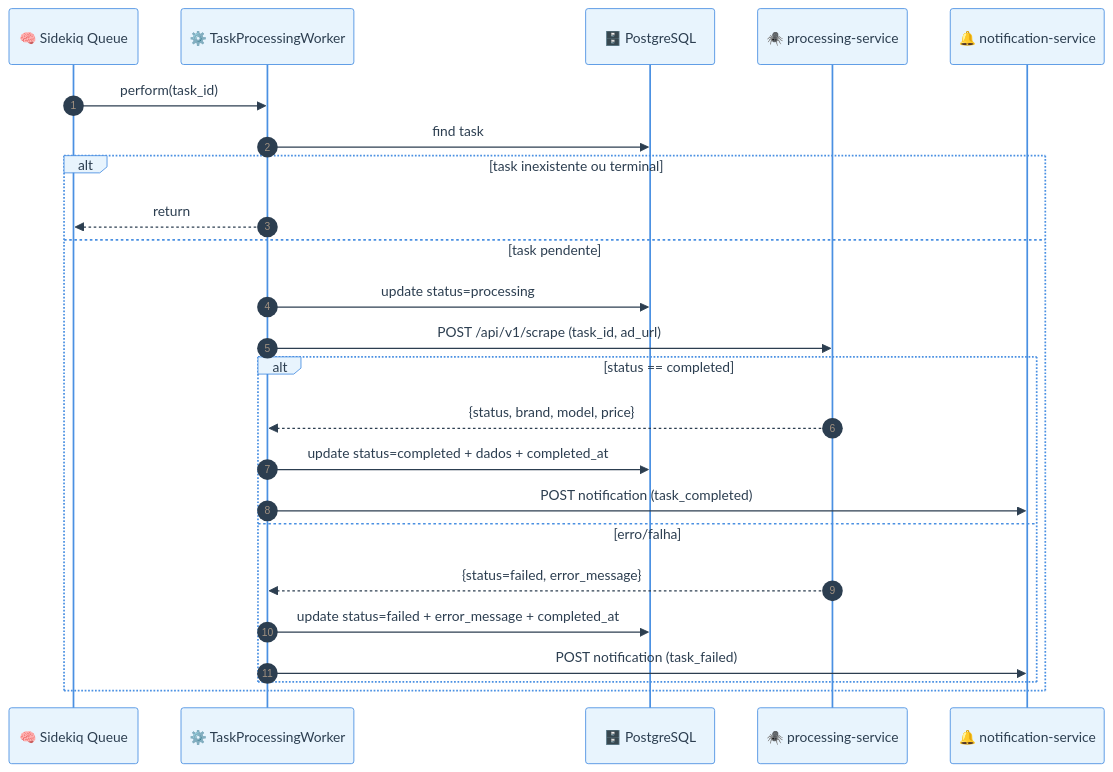
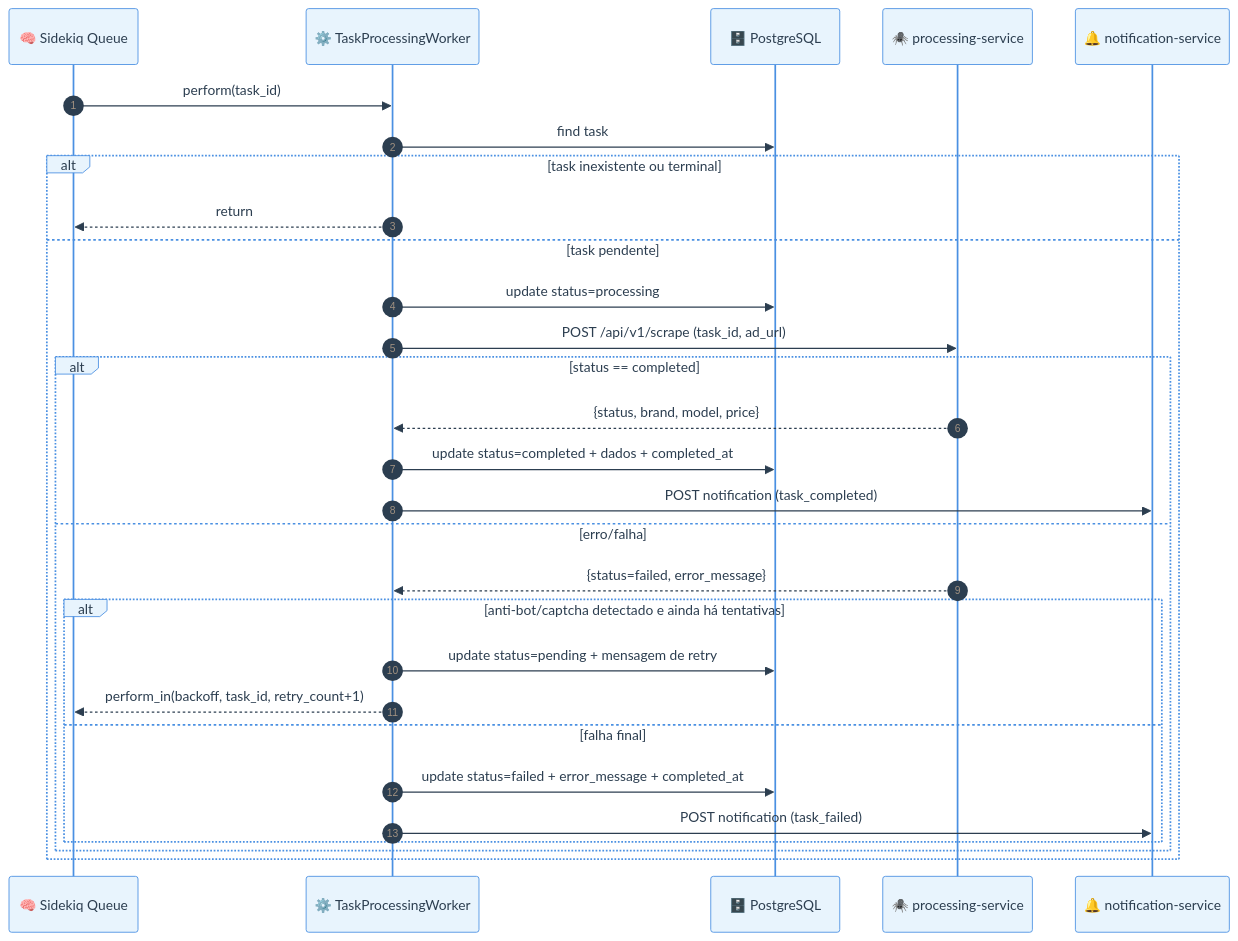
The fourth of 6 diagrams in README.md (enogrob/c2s-webscraping-rails), drawn with Mermaid before and after one commit. The commit also changed other lines of this file, not shown here.

````diff
--- a/README.md
+++ b/README.md
@@ -146,40 +146,45 @@
 ```mermaid
 %%{init: {
 	'theme':'base',
 	'themeVariables': {
 		'primaryColor':'#E8F4FD',
 		'primaryBorderColor':'#4A90E2',
 		'primaryTextColor':'#2C3E50',
 		'secondaryColor':'#F0F8E8',
 		'tertiaryColor':'#FDF2E8',
 		'quaternaryColor':'#F8E8F8',
 		'lineColor':'#5D6D7E',
 		'fontFamily':'Inter,Segoe UI,Arial'
 	}
 }}%%
 sequenceDiagram
 	autonumber
 	participant Q as 🧠 Sidekiq Queue
 	participant W as ⚙️ TaskProcessingWorker
 	participant DB as 🗄️ PostgreSQL
 	participant P as 🕷️ processing-service
 	participant N as 🔔 notification-service
 
 	Q->>W: perform(task_id)
 	W->>DB: find task
 	alt task inexistente ou terminal
 		W-->>Q: return
 	else task pendente
 		W->>DB: update status=processing
 		W->>P: POST /api/v1/scrape (task_id, ad_url)
 		alt status == completed
 			P-->>W: {status, brand, model, price}
 			W->>DB: update status=completed + dados + completed_at
 			W->>N: POST notification (task_completed)
 		else erro/falha
 			P-->>W: {status=failed, error_message}
-			W->>DB: update status=failed + error_message + completed_at
-			W->>N: POST notification (task_failed)
+			alt anti-bot/captcha detectado e ainda há tentativas
+				W->>DB: update status=pending + mensagem de retry
+				W-->>Q: perform_in(backoff, task_id, retry_count+1)
+			else falha final
+				W->>DB: update status=failed + error_message + completed_at
+				W->>N: POST notification (task_failed)
+			end
 		end
 	end
 ```
````
